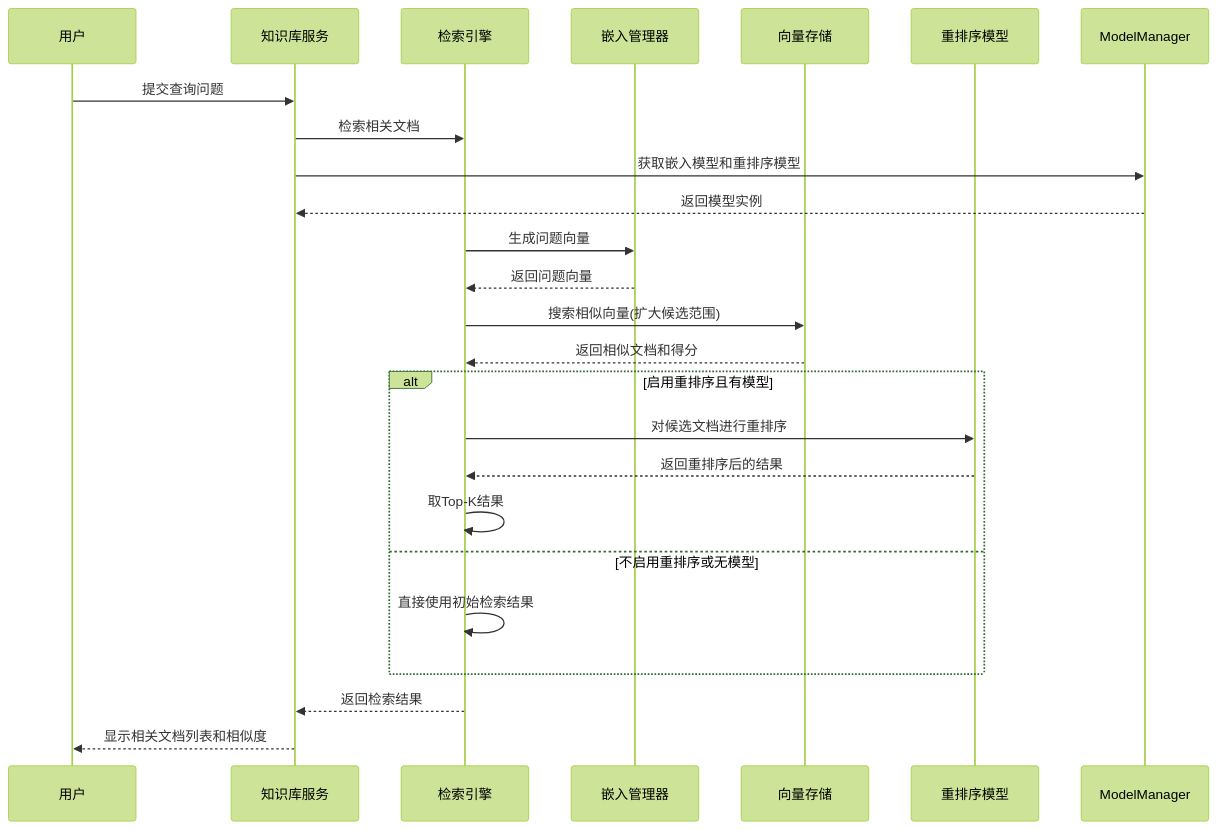
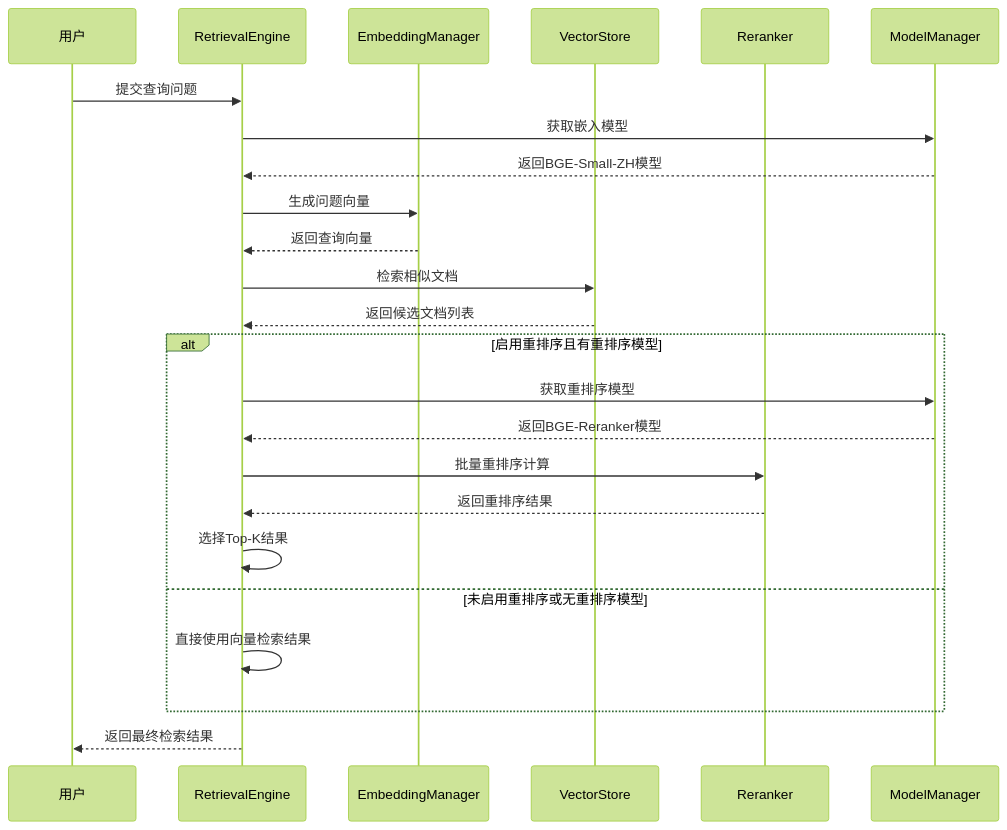
The second of 3 diagrams in docs/zh/知识库系统说明文档.md (eogee/any4any), drawn with Mermaid (forest theme) before and after one commit. The commit also changed other lines of this file and 10 other files, not shown here.

````diff
--- a/docs/zh/知识库系统说明文档.md
+++ b/docs/zh/知识库系统说明文档.md
@@ -67,28 +77,29 @@
 ```mermaid
 sequenceDiagram
     participant User as 用户
-    participant Server as 知识库服务
-    participant RE as 检索引擎
-    participant EM as 嵌入管理器
-    participant VS as 向量存储
-    participant Reranker as 重排序模型
+    participant RE as RetrievalEngine
+    participant EM as EmbeddingManager
+    participant VS as VectorStore
+    participant RR as Reranker
     participant MM as ModelManager
 
-    User->>Server: 提交查询问题
-    Server->>RE: 检索相关文档
-    Server->>MM: 获取嵌入模型和重排序模型
-    MM-->>Server: 返回模型实例
+    User->>RE: 提交查询问题
+    RE->>MM: 获取嵌入模型
+    MM-->>RE: 返回BGE-Small-ZH模型
     RE->>EM: 生成问题向量
-    EM-->>RE: 返回问题向量
-    RE->>VS: 搜索相似向量(扩大候选范围)
-    VS-->>RE: 返回相似文档和得分
-    alt 启用重排序且有模型
-        RE->>Reranker: 对候选文档进行重排序
-        Reranker-->>RE: 返回重排序后的结果
-        RE->>RE: 取Top-K结果
-    else 不启用重排序或无模型
-        RE->>RE: 直接使用初始检索结果
+    EM-->>RE: 返回查询向量
+    RE->>VS: 检索相似文档
+    VS-->>RE: 返回候选文档列表
+
+    alt 启用重排序且有重排序模型
+        RE->>MM: 获取重排序模型
+        MM-->>RE: 返回BGE-Reranker模型
+        RE->>RR: 批量重排序计算
+        RR-->>RE: 返回重排序结果
+        RE->>RE: 选择Top-K结果
+    else 未启用重排序或无重排序模型
+        RE->>RE: 直接使用向量检索结果
     end
-    RE-->>Server: 返回检索结果
-    Server-->>User: 显示相关文档列表和相似度
+
+    RE-->>User: 返回最终检索结果
 ```
````
